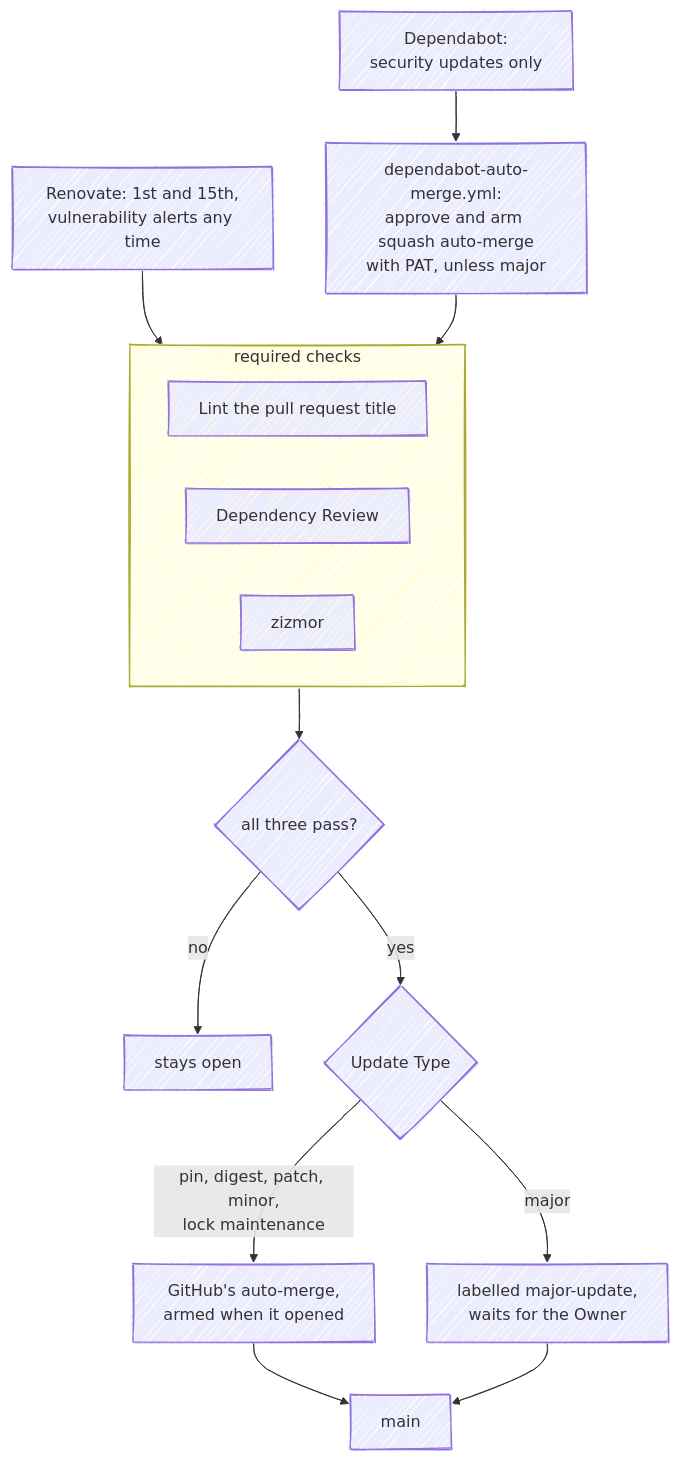
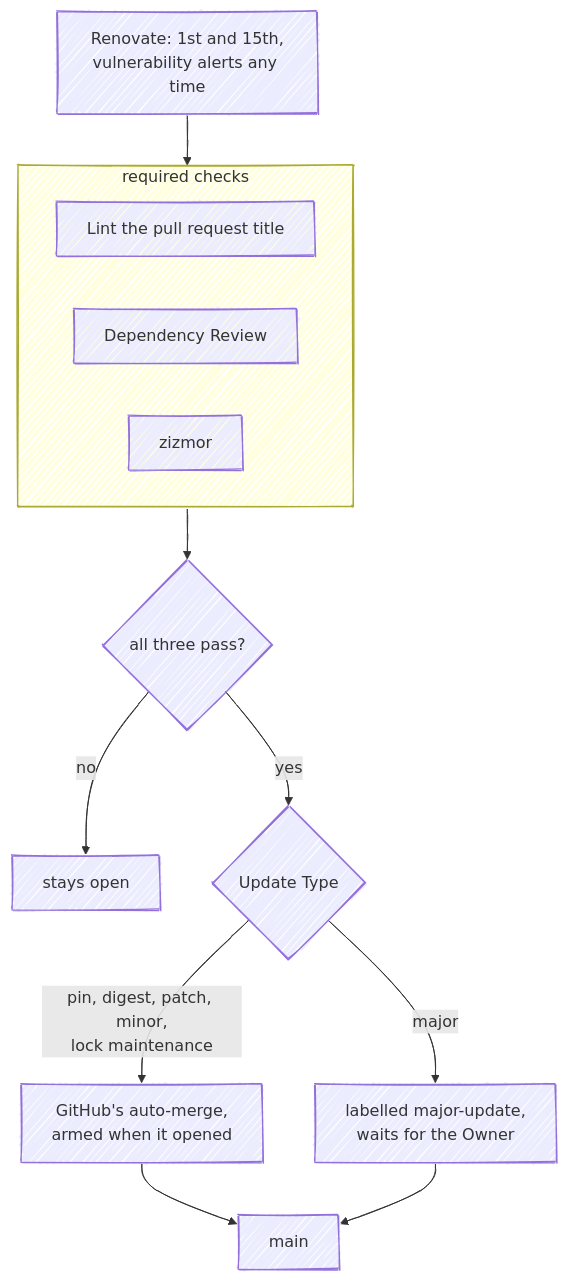
The ninth of 10 diagrams in ARCHITECTURE.md (fbuireu/fbuireu), drawn with Mermaid before and after one commit. The commit also changed other lines of this file and 3 other files, not shown here.

First line of the commit message:
ci: remove the Dependabot auto-merge, now that Dependabot opens no pull requests

````diff
--- a/ARCHITECTURE.md
+++ b/ARCHITECTURE.md
@@ -439,23 +439,21 @@
 ```mermaid
 ---
 config:
   look: handDrawn
   layout: dagre
 ---
 flowchart TD
     renovate["Renovate: 1st and 15th,<br/>vulnerability alerts any time"] --> required
-    dependabot["Dependabot:<br/>security updates only"] --> armer["dependabot-auto-merge.yml:<br/>approve and arm squash auto-merge<br/>with PAT, unless major"]
-    armer --> required
     subgraph required["required checks"]
         lint["Lint the pull request title"]
         dr["Dependency Review"]
         zz["zizmor"]
     end
     required --> green{"all three pass?"}
     green -->|no| open["stays open"]
     green -->|yes| kind{"Update Type"}
     kind -->|"pin, digest, patch, minor,<br/>lock maintenance"| auto["GitHub's auto-merge,<br/>armed when it opened"]
     kind -->|major| owner["labelled major-update,<br/>waits for the Owner"]
     auto --> main["main"]
     owner --> main
 ```
````
